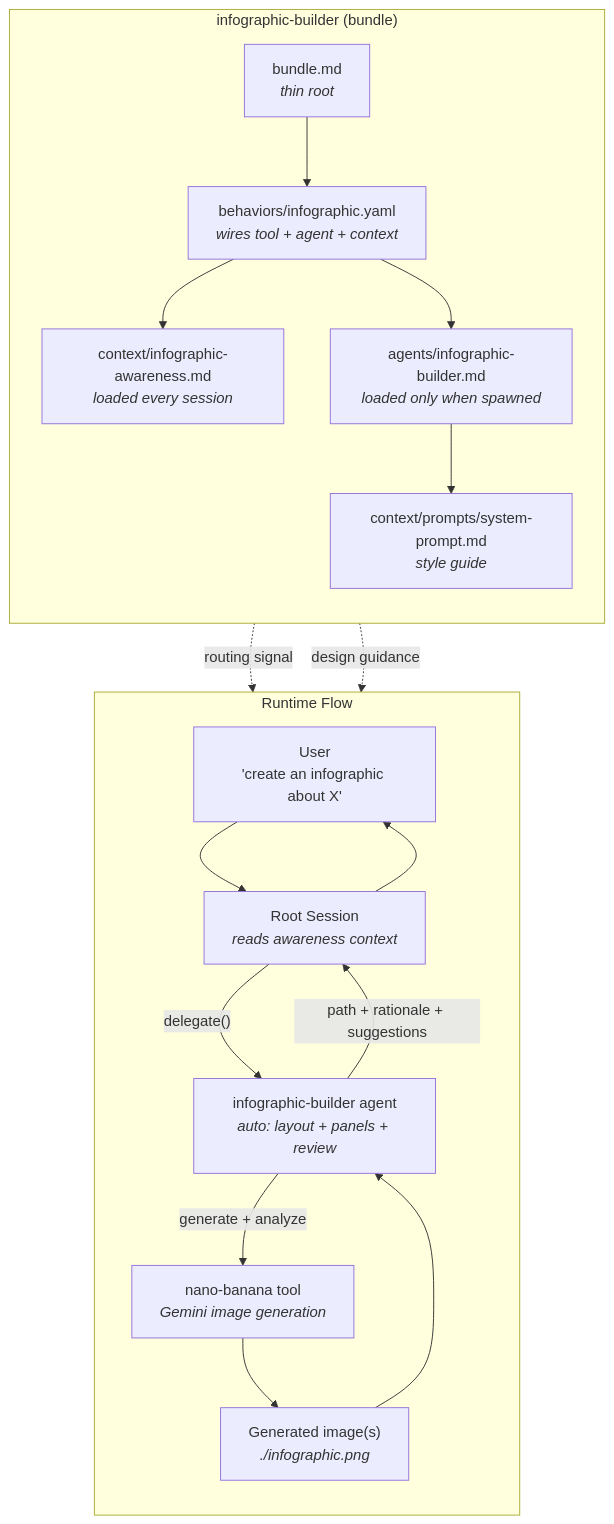
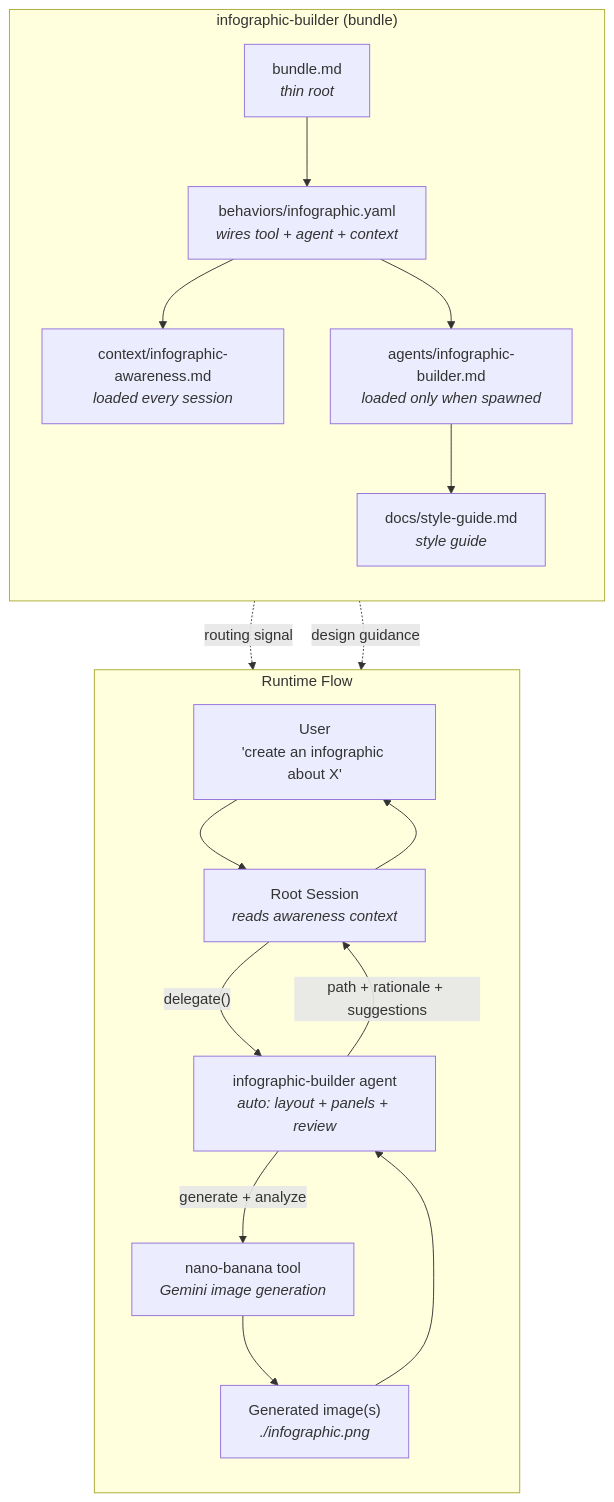
The diagram in README.md (singh2/infographic-builder), drawn with Mermaid before and after one commit. The commit also changed other lines of this file, not shown here.

Commit message:
docs: update README with aesthetic system, fix stale paths, add smoke tests

````diff
--- a/README.md
+++ b/README.md
@@ -90,35 +98,35 @@
 ```mermaid
 flowchart TB
     subgraph bundle ["infographic-builder (bundle)"]
         direction TB
         B["bundle.md<br/><i>thin root</i>"]
         BH["behaviors/infographic.yaml<br/><i>wires tool + agent + context</i>"]
         AW["context/infographic-awareness.md<br/><i>loaded every session</i>"]
-        SP["context/prompts/system-prompt.md<br/><i>style guide</i>"]
+        SP["docs/style-guide.md<br/><i>style guide</i>"]
         AG["agents/infographic-builder.md<br/><i>loaded only when spawned</i>"]
         B --> BH
         BH --> AW
         BH --> AG
         AG --> SP
     end
 
     subgraph runtime ["Runtime Flow"]
         direction TB
         U["User<br/>'create an infographic about X'"]
         RS["Root Session<br/><i>reads awareness context</i>"]
         DE["infographic-builder agent<br/><i>auto: layout + panels + review</i>"]
         NB["nano-banana tool<br/><i>Gemini image generation</i>"]
         IMG["Generated image(s)<br/><i>./infographic.png</i>"]
 
         U --> RS
         RS -->|"delegate()"| DE
         DE -->|"generate + analyze"| NB
         NB --> IMG
         IMG --> DE
         DE -->|"path + rationale + suggestions"| RS
         RS --> U
     end
 
     AW -.->|"routing signal"| RS
     SP -.->|"design guidance"| DE
 ```
````
